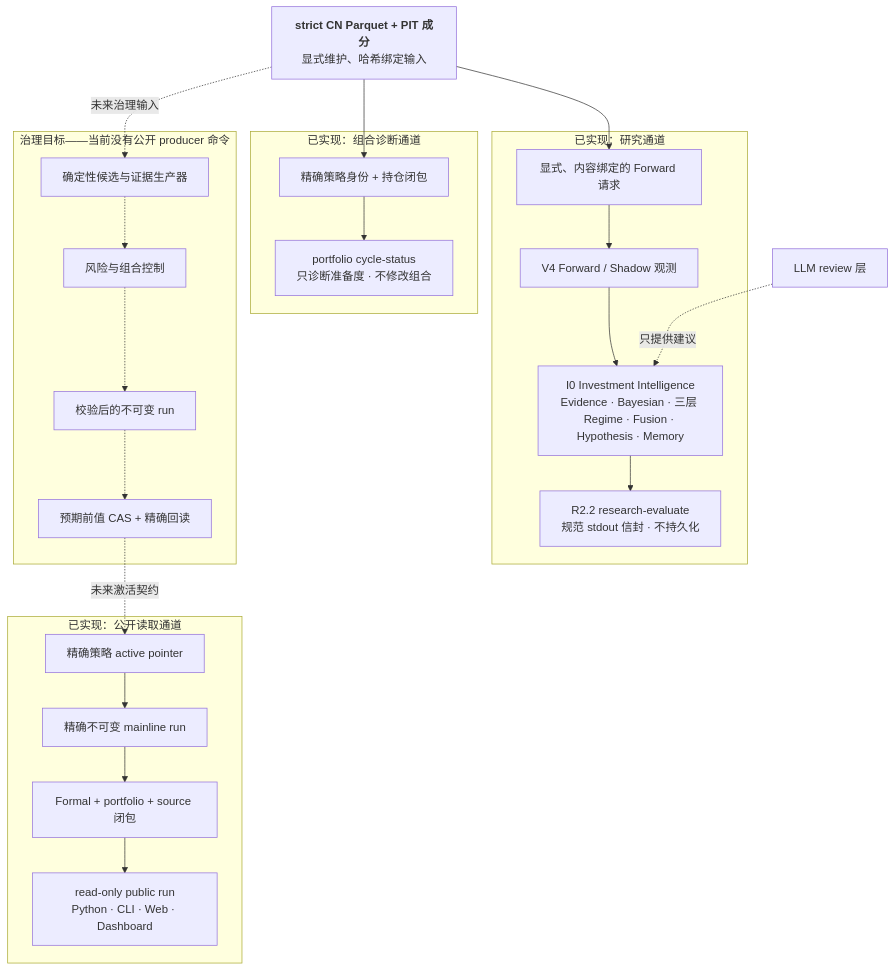
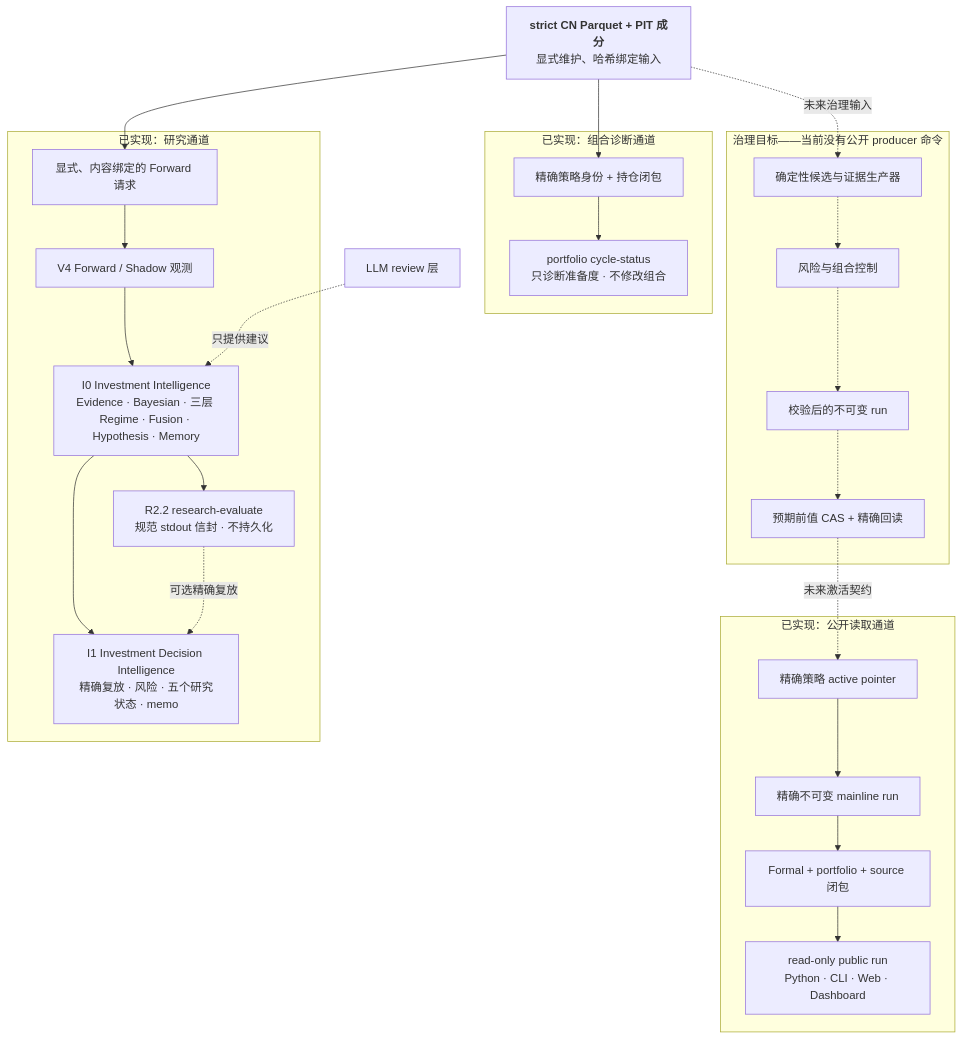
One commit to alpha-mw/myQuant changed the diagram in README.zh-CN.md. Above: the diagram before and after it, drawn with Mermaid. The commit also changed other lines of this file and 18 other files, not shown here.

Commit message:
feat(v17): add investment decision intelligence engine

````diff
--- a/README.zh-CN.md
+++ b/README.zh-CN.md
@@ -65,32 +66,34 @@
 ```mermaid
 flowchart TD
     D["<b>strict CN Parquet + PIT 成分</b><br/>显式维护、哈希绑定输入"]
 
     subgraph PR["已实现：公开读取通道"]
         AP["精确策略 active pointer"] --> MR["精确不可变 mainline run"]
         MR --> CL["Formal + portfolio + source 闭包"]
         CL --> PUB["read-only public run<br/>Python · CLI · Web · Dashboard"]
     end
 
     subgraph RR["已实现：研究通道"]
         FR["显式、内容绑定的 Forward 请求"] --> SH["V4 Forward / Shadow 观测"]
         SH --> I0["I0 Investment Intelligence<br/>Evidence · Bayesian · 三层 Regime · Fusion · Hypothesis · Memory"]
         I0 --> R22["R2.2 research-evaluate<br/>规范 stdout 信封 · 不持久化"]
+        I0 --> I1["I1 Investment Decision Intelligence<br/>精确复放 · 风险 · 五个研究状态 · memo"]
+        R22 -. "可选精确复放" .-> I1
     end
 
     subgraph PD["已实现：组合诊断通道"]
         ID["精确策略身份 + 持仓闭包"] --> CS["portfolio cycle-status<br/>只诊断准备度 · 不修改组合"]
     end
 
     subgraph GT["治理目标——当前没有公开 producer 命令"]
         TP["确定性候选与证据生产器"] -.-> TC["风险与组合控制"]
         TC -.-> TR["校验后的不可变 run"]
         TR -.-> TA["预期前值 CAS + 精确回读"]
     end
 
     D --> FR
     D --> ID
     D -. "未来治理输入" .-> TP
     TA -. "未来激活契约" .-> AP
     LLM["LLM review 层"] -. "只提供建议" .-> I0
 ```
````
